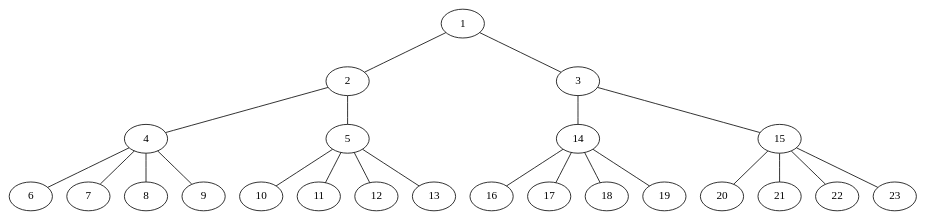
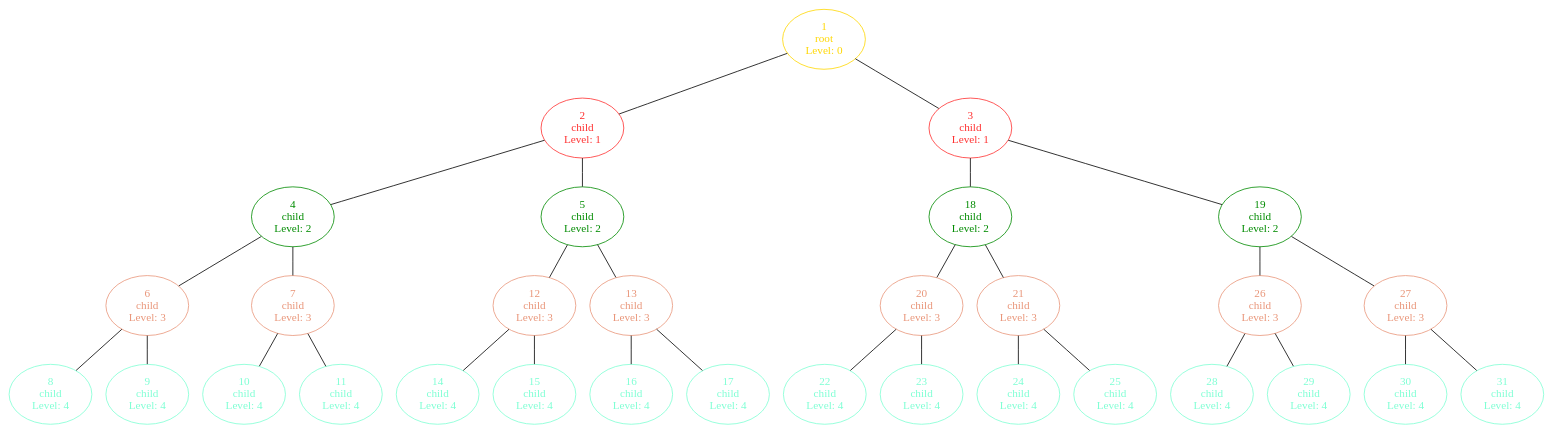
Before and after one commit to dizzydwarfus/go-learning: the diagram in graph/dot/testtree.dot, drawn with Graphviz. The commit also changed 7 other files, not shown here.

Commit message:
added colors for graph builder and metadata for tree nodes

```diff
--- a/graph/dot/testtree.dot
+++ b/graph/dot/testtree.dot
@@ -1,47 +1,63 @@
 graph testtree {
-"1";
+"1" [label="1\nroot\nLevel: 0" color=gold fontcolor=gold];
 "1" -- "2"
 "1" -- "3"
-"2";
+"2" [label="2\nchild\nLevel: 1" color=firebrick1 fontcolor=firebrick1];
 "2" -- "4"
 "2" -- "5"
-"3";
-"3" -- "14"
-"3" -- "15"
-"4";
+"3" [label="3\nchild\nLevel: 1" color=firebrick1 fontcolor=firebrick1];
+"3" -- "18"
+"3" -- "19"
+"4" [label="4\nchild\nLevel: 2" color=green4 fontcolor=green4];
 "4" -- "6"
 "4" -- "7"
-"4" -- "8"
-"4" -- "9"
-"5";
-"5" -- "10"
-"5" -- "11"
+"5" [label="5\nchild\nLevel: 2" color=green4 fontcolor=green4];
 "5" -- "12"
 "5" -- "13"
-"14";
-"14" -- "16"
-"14" -- "17"
-"14" -- "18"
-"14" -- "19"
-"15";
-"15" -- "20"
-"15" -- "21"
-"15" -- "22"
-"15" -- "23"
-"6";
-"7";
-"8";
-"9";
-"10";
-"11";
-"12";
-"13";
-"16";
-"17";
-"18";
-"19";
-"20";
-"21";
-"22";
-"23";
+"18" [label="18\nchild\nLevel: 2" color=green4 fontcolor=green4];
+"18" -- "20"
+"18" -- "21"
+"19" [label="19\nchild\nLevel: 2" color=green4 fontcolor=green4];
+"19" -- "26"
+"19" -- "27"
+"6" [label="6\nchild\nLevel: 3" color=darksalmon fontcolor=darksalmon];
+"6" -- "8"
+"6" -- "9"
+"7" [label="7\nchild\nLevel: 3" color=darksalmon fontcolor=darksalmon];
+"7" -- "10"
+"7" -- "11"
+"12" [label="12\nchild\nLevel: 3" color=darksalmon fontcolor=darksalmon];
+"12" -- "14"
+"12" -- "15"
+"13" [label="13\nchild\nLevel: 3" color=darksalmon fontcolor=darksalmon];
+"13" -- "16"
+"13" -- "17"
+"20" [label="20\nchild\nLevel: 3" color=darksalmon fontcolor=darksalmon];
+"20" -- "22"
+"20" -- "23"
+"21" [label="21\nchild\nLevel: 3" color=darksalmon fontcolor=darksalmon];
+"21" -- "24"
+"21" -- "25"
+"26" [label="26\nchild\nLevel: 3" color=darksalmon fontcolor=darksalmon];
+"26" -- "28"
+"26" -- "29"
+"27" [label="27\nchild\nLevel: 3" color=darksalmon fontcolor=darksalmon];
+"27" -- "30"
+"27" -- "31"
+"8" [label="8\nchild\nLevel: 4" color=aquamarine fontcolor=aquamarine];
+"9" [label="9\nchild\nLevel: 4" color=aquamarine fontcolor=aquamarine];
+"10" [label="10\nchild\nLevel: 4" color=aquamarine fontcolor=aquamarine];
+"11" [label="11\nchild\nLevel: 4" color=aquamarine fontcolor=aquamarine];
+"14" [label="14\nchild\nLevel: 4" color=aquamarine fontcolor=aquamarine];
+"15" [label="15\nchild\nLevel: 4" color=aquamarine fontcolor=aquamarine];
+"16" [label="16\nchild\nLevel: 4" color=aquamarine fontcolor=aquamarine];
+"17" [label="17\nchild\nLevel: 4" color=aquamarine fontcolor=aquamarine];
+"22" [label="22\nchild\nLevel: 4" color=aquamarine fontcolor=aquamarine];
+"23" [label="23\nchild\nLevel: 4" color=aquamarine fontcolor=aquamarine];
+"24" [label="24\nchild\nLevel: 4" color=aquamarine fontcolor=aquamarine];
+"25" [label="25\nchild\nLevel: 4" color=aquamarine fontcolor=aquamarine];
+"28" [label="28\nchild\nLevel: 4" color=aquamarine fontcolor=aquamarine];
+"29" [label="29\nchild\nLevel: 4" color=aquamarine fontcolor=aquamarine];
+"30" [label="30\nchild\nLevel: 4" color=aquamarine fontcolor=aquamarine];
+"31" [label="31\nchild\nLevel: 4" color=aquamarine fontcolor=aquamarine];
 }
```
